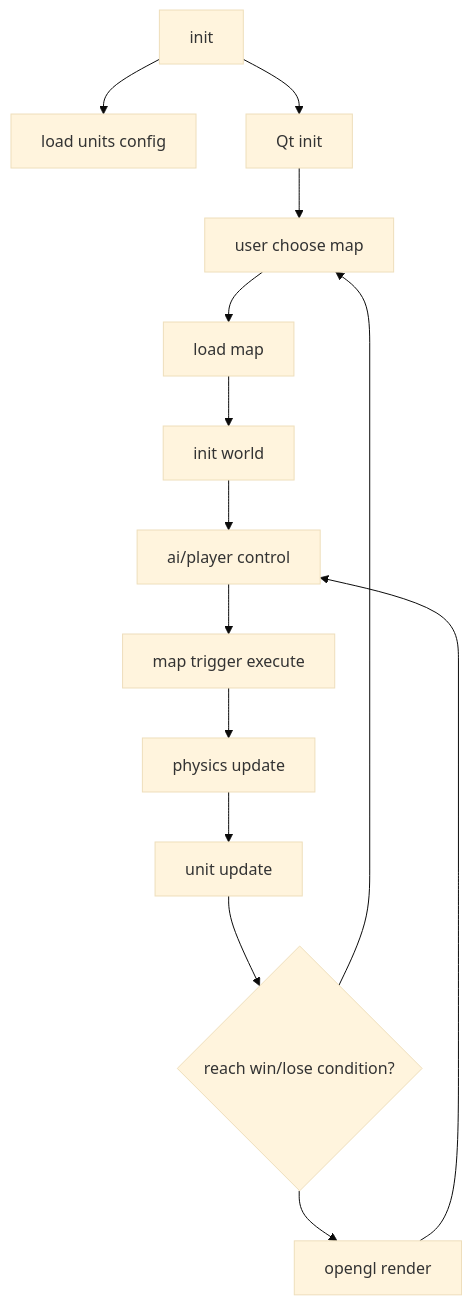
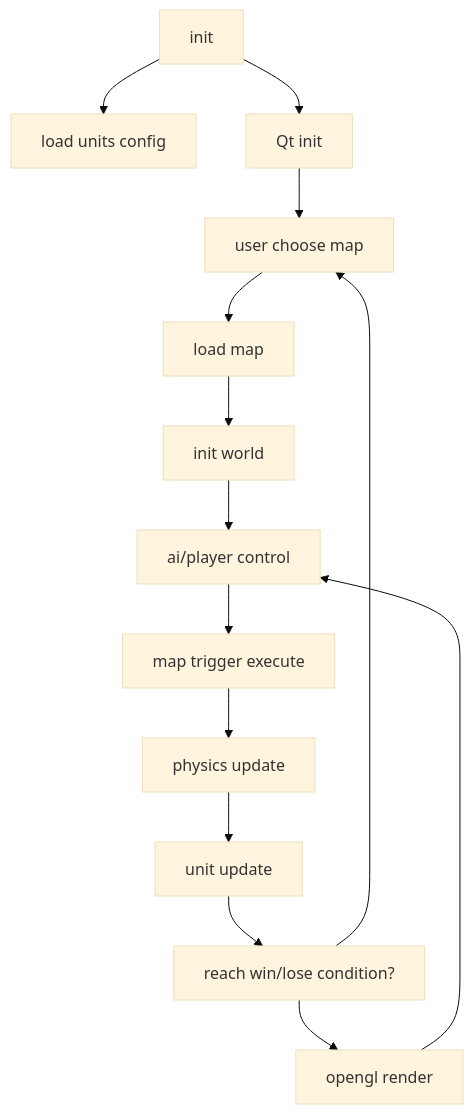
Before and after one commit to k88936/UnRustedWarfare: the diagram in doc.md, drawn with Mermaid (base theme). The commit also changed other lines of this file and 7 other files, not shown here.

````diff
--- a/doc.md
+++ b/doc.md
@@ -32,16 +34,16 @@
 ```mermaid
 graph TD
-A[init] --> B[load units config]
-A --> C[Qt init]
-C --> D[user choose map]
-D --> E[load map]
-E --> F[init world]
-F --> G[ai/player control]
-G --> H[map trigger execute]
-H --> I[physics update]
-I --> J[unit update]
-J --> K{reach win/lose condition?}
-K --> D
-K --> L[opengl render]
-L --> G
+    A[init] --> B[load units config]
+    A --> C[Qt init]
+    C --> D[user choose map]
+    D --> E[load map]
+    E --> F[init world]
+    F --> G[ai/player control]
+    G --> H[map trigger execute]
+    H --> I[physics update]
+    I --> J[unit update]
+    J --> K[reach win/lose condition?]
+    K --> D
+    K --> L[opengl render]
+    L --> G
 ```
````
